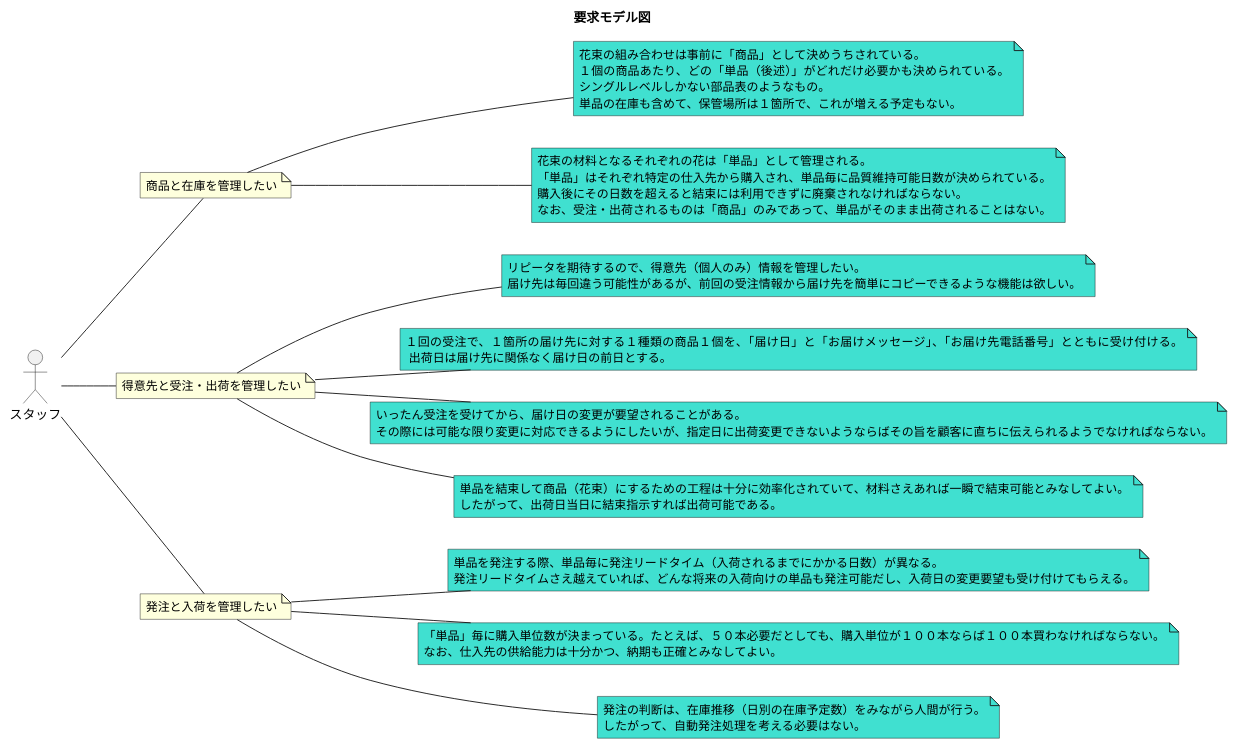
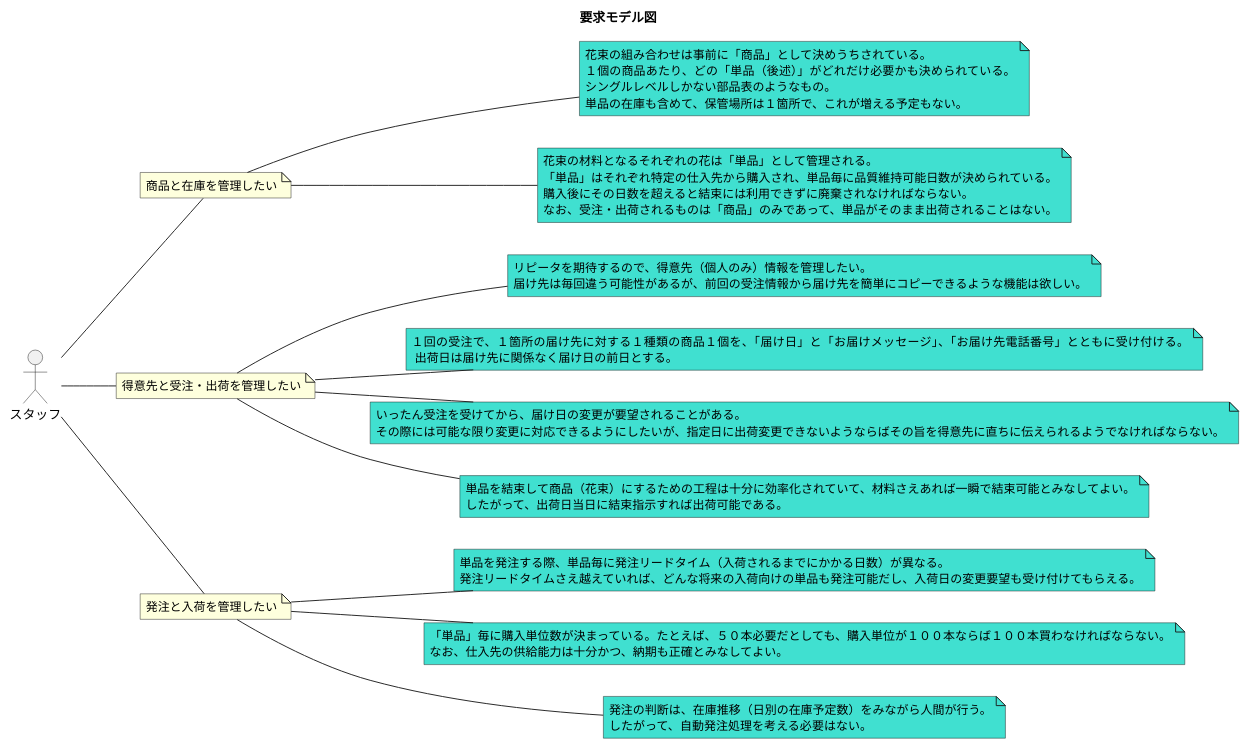
Before and after one commit to k2works/application_programing_excercise_2022: the third of 28 diagrams in docs/index.adoc, drawn with PlantUML. The commit also changed other lines of this file, not shown here.

```diff
--- a/docs/index.adoc
+++ b/docs/index.adoc
@@ -113,68 +115,68 @@
 [plantuml]
 ----
 @startuml
 
 title 要求モデル図
 
 left to right direction
 
 actor スタッフ as ac_02
 note "商品と在庫を管理したい" as k_r3
 note "得意先と受注・出荷を管理したい" as k_r4
 note "発注と入荷を管理したい" as k_r5
 note as k_dr2 #Turquoise
  花束の組み合わせは事前に「商品」として決めうちされている。
  １個の商品あたり、どの「単品（後述）」がどれだけ必要かも決められている。
  シングルレベルしかない部品表のようなもの。
  単品の在庫も含めて、保管場所は１箇所で、これが増える予定もない。
 end note
 note as k_dr3 #Turquoise
  花束の材料となるそれぞれの花は「単品」として管理される。
  「単品」はそれぞれ特定の仕入先から購入され、単品毎に品質維持可能日数が決められている。
  購入後にその日数を超えると結束には利用できずに廃棄されなければならない。
  なお、受注・出荷されるものは「商品」のみであって、単品がそのまま出荷されることはない。
 end note
 note as k_dr4 #Turquoise
  リピータを期待するので、得意先（個人のみ）情報を管理したい。
  届け先は毎回違う可能性があるが、前回の受注情報から届け先を簡単にコピーできるような機能は欲しい。
 end note
 note as k_dr5 #Turquoise
  １回の受注で、１箇所の届け先に対する１種類の商品１個を、「届け日」と「お届けメッセージ」、「お届け先電話番号」とともに受け付ける。
   出荷日は届け先に関係なく届け日の前日とする。
 end note
 note as k_dr6 #Turquoise
  いったん受注を受けてから、届け日の変更が要望されることがある。
- その際には可能な限り変更に対応できるようにしたいが、指定日に出荷変更できないようならばその旨を顧客に直ちに伝えられるようでなければならない。
+ その際には可能な限り変更に対応できるようにしたいが、指定日に出荷変更できないようならばその旨を得意先に直ちに伝えられるようでなければならない。
 end note
 note as k_dr7 #Turquoise
  単品を結束して商品（花束）にするための工程は十分に効率化されていて、材料さえあれば一瞬で結束可能とみなしてよい。
  したがって、出荷日当日に結束指示すれば出荷可能である。
 end note
 note as k_dr8 #Turquoise
  単品を発注する際、単品毎に発注リードタイム（入荷されるまでにかかる日数）が異なる。
  発注リードタイムさえ越えていれば、どんな将来の入荷向けの単品も発注可能だし、入荷日の変更要望も受け付けてもらえる。
 end note
 note as k_dr9 #Turquoise
  「単品」毎に購入単位数が決まっている。たとえば、５０本必要だとしても、購入単位が１００本ならば１００本買わなければならない。
  なお、仕入先の供給能力は十分かつ、納期も正確とみなしてよい。
 end note
 note as k_dr10 #Turquoise
  発注の判断は、在庫推移（日別の在庫予定数）をみながら人間が行う。
  したがって、自動発注処理を考える必要はない。
 end note
 
 ac_02 -- k_r3
 ac_02 -- k_r4
 ac_02 -- k_r5
 k_r3 -- k_dr2
 k_r3 -- k_dr3
 k_r4 -- k_dr4
 k_r4 -- k_dr5
 k_r4 -- k_dr6
 k_r4 -- k_dr7
 k_r5 -- k_dr8
 k_r5 -- k_dr9
 k_r5 -- k_dr10
 
 @enduml
 ----
```
